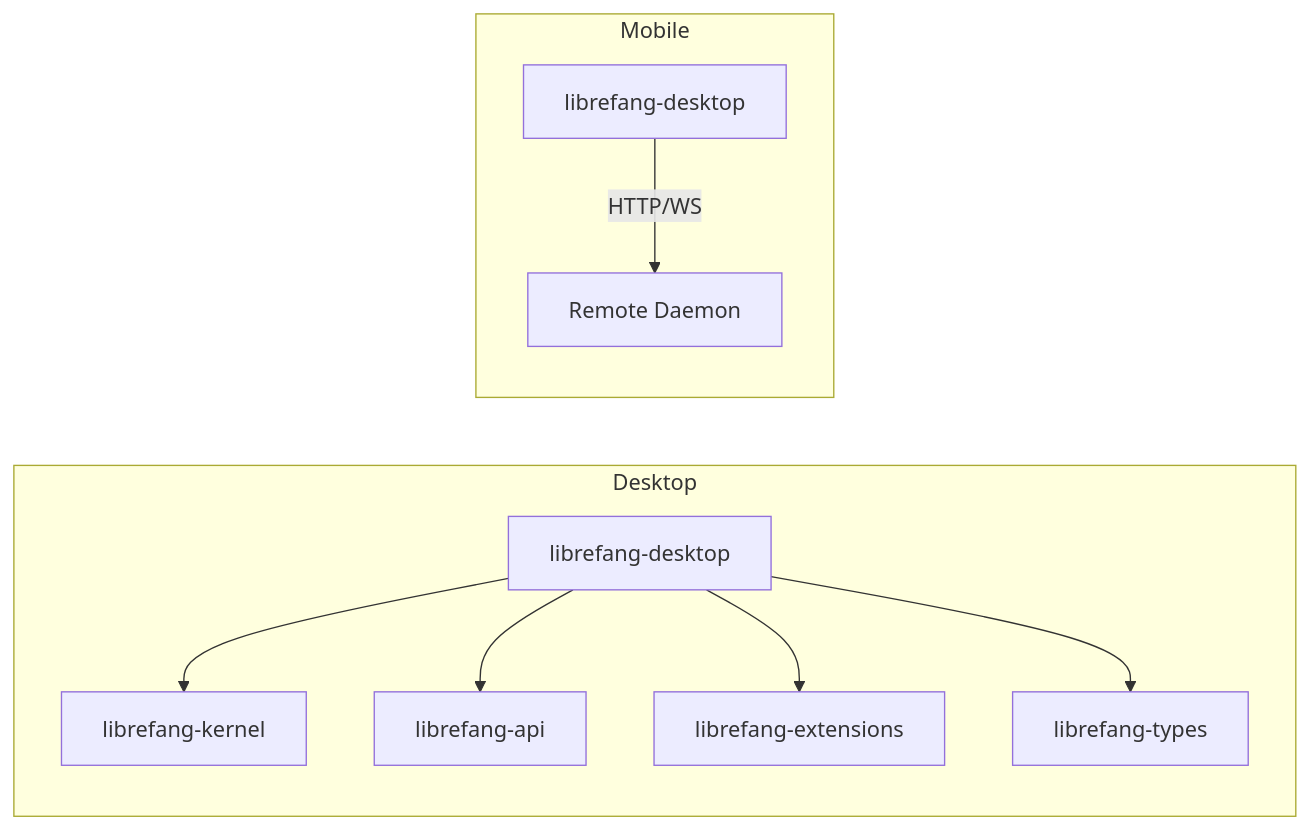
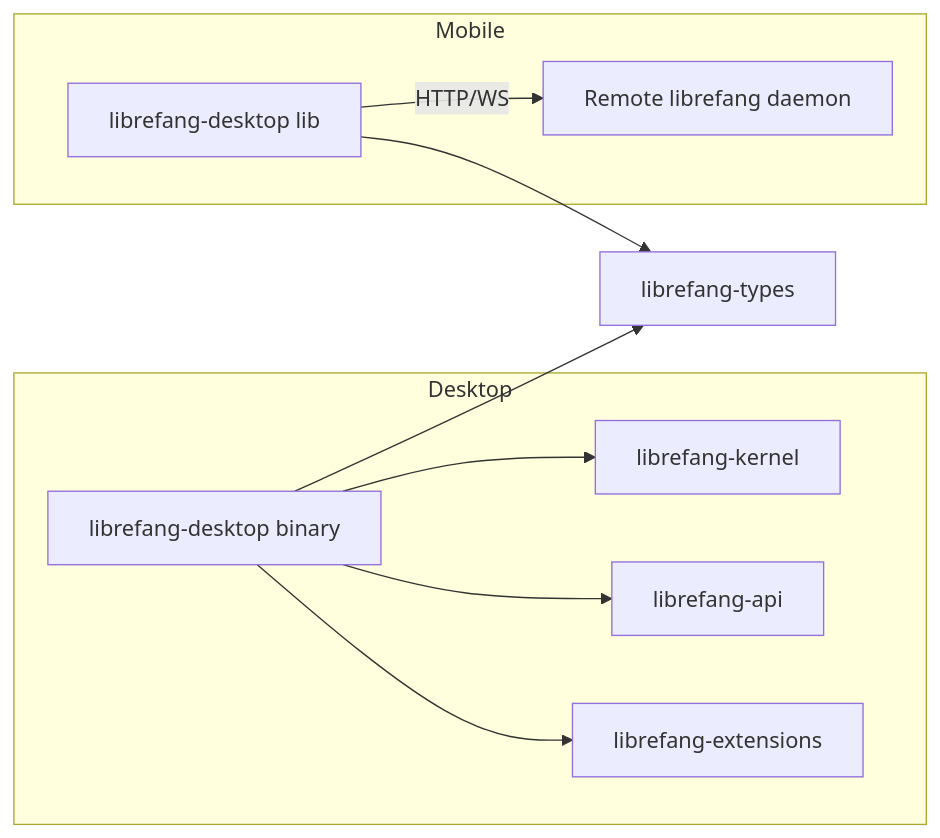
One commit to leszek3737/librefang-WIki changed the first of 2 diagrams in other-librefang-desktop.md. Above: the diagram before and after it, drawn with Mermaid. The commit also changed other lines of this file and 119 other files, not shown here.

````diff
--- a/other-librefang-desktop.md
+++ b/other-librefang-desktop.md
@@ -9,12 +9,13 @@
 ```mermaid
 graph LR
   subgraph Desktop
-    A[librefang-desktop] --> B[librefang-kernel]
-    A --> C[librefang-api]
-    A --> D[librefang-extensions]
-    A --> E[librefang-types]
+    D[librefang-desktop binary] --> K[librefang-kernel]
+    D --> A[librefang-api]
+    D --> E[librefang-extensions]
   end
   subgraph Mobile
-    F[librefang-desktop] -->|HTTP/WS| G[Remote Daemon]
+    M[librefang-desktop lib] -->|HTTP/WS| R[Remote librefang daemon]
   end
+  D --> T[librefang-types]
+  M --> T
 ```
````
